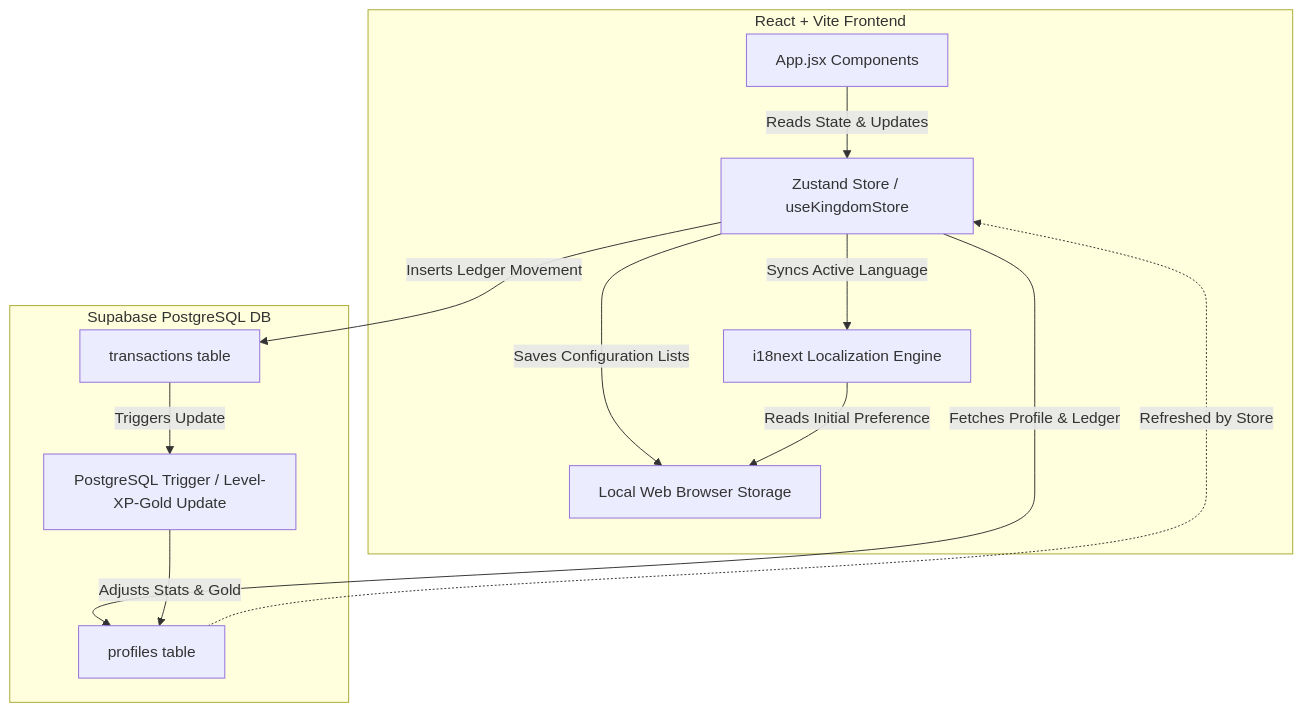
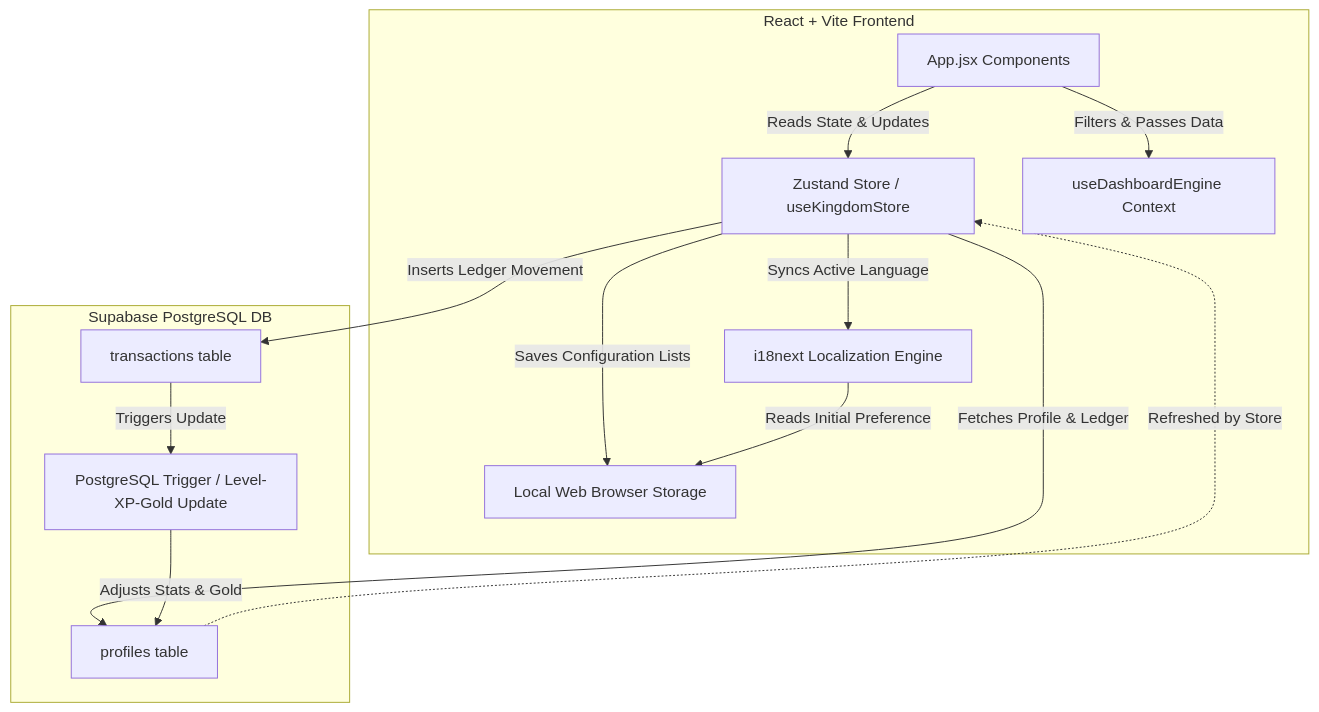
One commit to divagarpelamente-blip/medieval-stuff changed the diagram in documentation/System_Architecture_Reports/System_Architecture_Report.md. Above: the diagram before and after it, drawn with Mermaid. The commit also changed other lines of this file and 44 other files, not shown here.

````diff
--- a/documentation/System_Architecture_Reports/System_Architecture_Report.md
+++ b/documentation/System_Architecture_Reports/System_Architecture_Report.md
@@ -11,28 +11,30 @@
 ```mermaid
 graph TD
     subgraph Client [React + Vite Frontend]
         App[App.jsx Components]
         Store[Zustand Store / useKingdomStore]
+        Engine[useDashboardEngine Context]
         i18n[i18next Localization Engine]
         LStore[Local Web Browser Storage]
     end
 
     subgraph Backend [Supabase PostgreSQL DB]
         T_Trans[transactions table]
         T_Prof[profiles table]
         P_Trig[PostgreSQL Trigger / Level-XP-Gold Update]
     end
 
     %% Client Internal Flow
     App -->|Reads State & Updates| Store
+    App -->|Filters & Passes Data| Engine
     Store -->|Saves Configuration Lists| LStore
     Store -->|Syncs Active Language| i18n
     i18n -->|Reads Initial Preference| LStore
 
     %% Client to Backend DB Sync
     Store -->|Fetches Profile & Ledger| T_Prof
     Store -->|Inserts Ledger Movement| T_Trans
     T_Trans -->|Triggers Update| P_Trig
     P_Trig -->|Adjusts Stats & Gold| T_Prof
     T_Prof -.->|Refreshed by Store| Store
 ```
````
